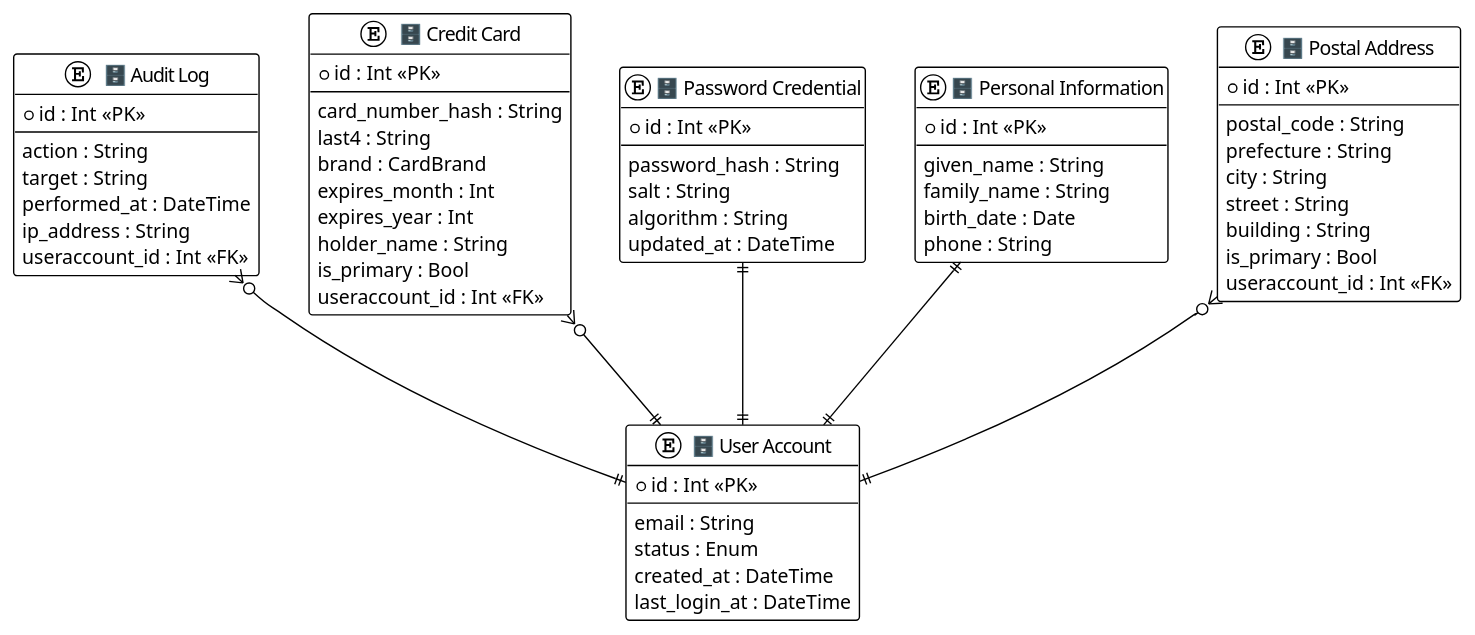
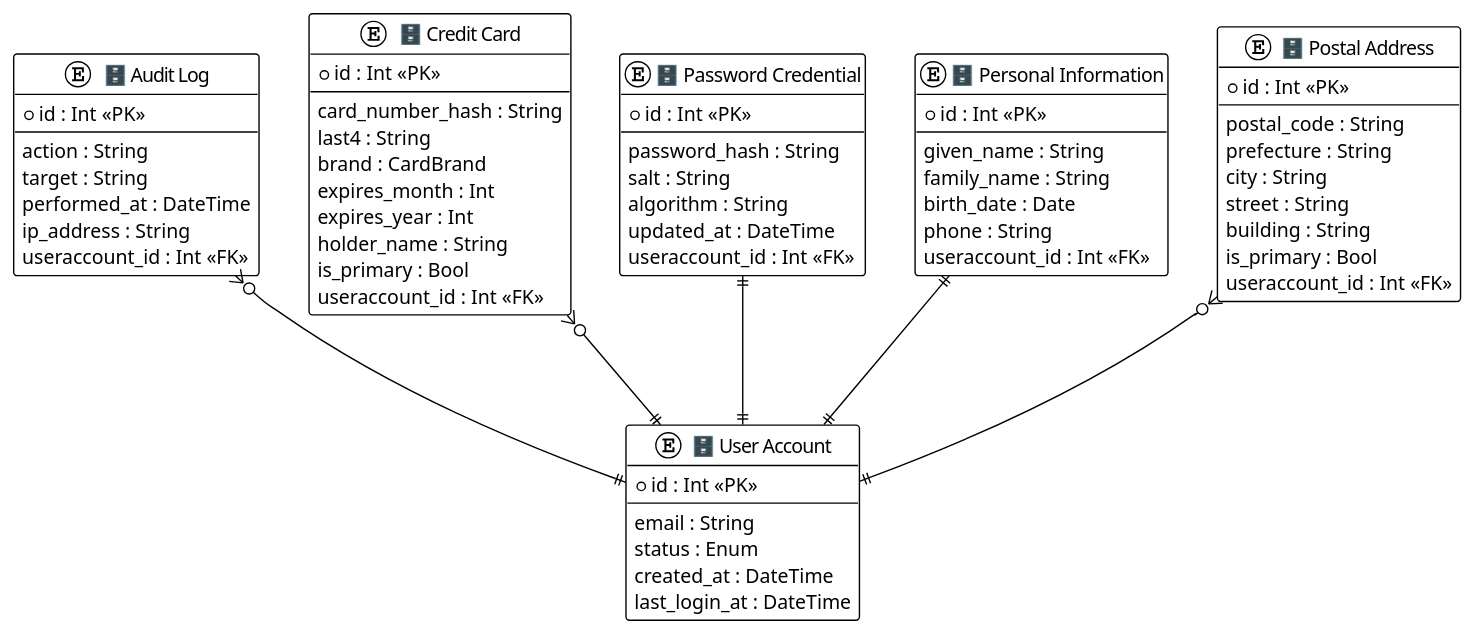
The diagram in samples/personal-info/out/er.puml (manji-0/rdra-ish-dsl), drawn with PlantUML before and after one commit. The commit also changed 11 other files, not shown here.

```diff
--- a/samples/personal-info/out/er.puml
+++ b/samples/personal-info/out/er.puml
@@ -1,66 +1,68 @@
 @startuml
 !theme plain
 
 entity "🗄️ Audit Log" as AuditLog {
   *id : Int <<PK>>
   --
   action : String
   target : String
   performed_at : DateTime
   ip_address : String
   useraccount_id : Int <<FK>>
 }
 entity "🗄️ Credit Card" as CreditCard {
   *id : Int <<PK>>
   --
   card_number_hash : String
   last4 : String
   brand : CardBrand
   expires_month : Int
   expires_year : Int
   holder_name : String
   is_primary : Bool
   useraccount_id : Int <<FK>>
 }
 entity "🗄️ Password Credential" as PasswordCredential {
   *id : Int <<PK>>
   --
   password_hash : String
   salt : String
   algorithm : String
   updated_at : DateTime
+  useraccount_id : Int <<FK>>
 }
 entity "🗄️ Personal Information" as PersonalInfo {
   *id : Int <<PK>>
   --
   given_name : String
   family_name : String
   birth_date : Date
   phone : String
+  useraccount_id : Int <<FK>>
 }
 entity "🗄️ Postal Address" as PostalAddress {
   *id : Int <<PK>>
   --
   postal_code : String
   prefecture : String
   city : String
   street : String
   building : String
   is_primary : Bool
   useraccount_id : Int <<FK>>
 }
 entity "🗄️ User Account" as UserAccount {
   *id : Int <<PK>>
   --
   email : String
   status : Enum
   created_at : DateTime
   last_login_at : DateTime
 }
 
 PersonalInfo ||--|| UserAccount : ""
 PostalAddress }o--|| UserAccount : ""
 CreditCard }o--|| UserAccount : ""
 PasswordCredential ||--|| UserAccount : ""
 AuditLog }o--|| UserAccount : ""
 @enduml
```
